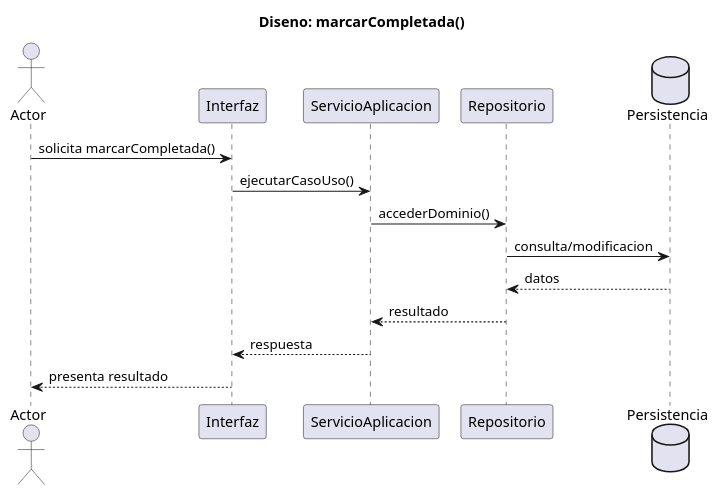
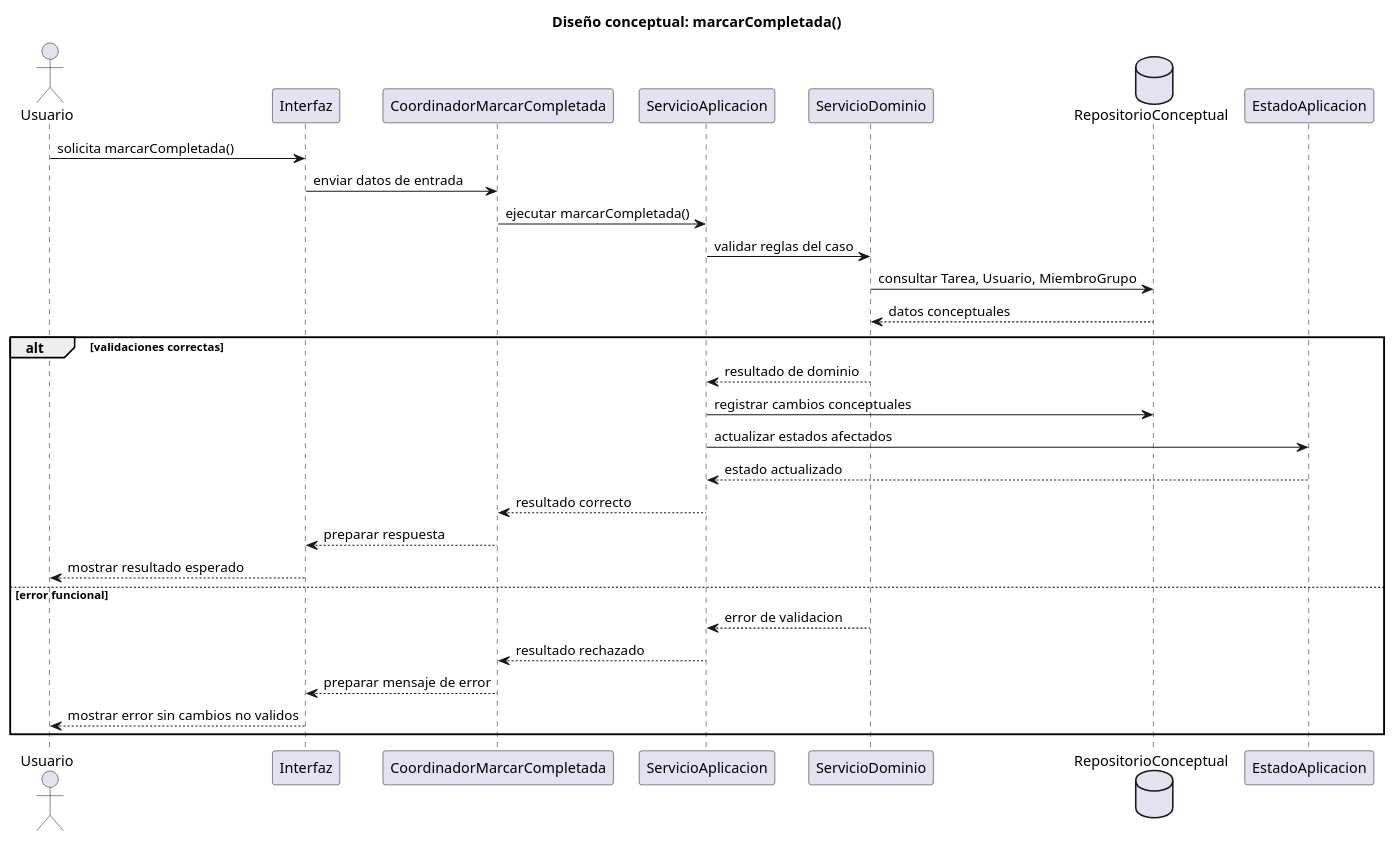
The diagram in documents/RUP/02-diseño/casos-uso/gestion-tareas/marcarCompletada/secuencia.puml (inigovaqueroo04/25-26-idsw2-sdVC), drawn with PlantUML before and after one commit. The commit also changed 55 other files, not shown here.

Commit message:
docs: completar diseño RUP conceptual

```diff
--- a/documents/RUP/02-diseño/casos-uso/gestion-tareas/marcarCompletada/secuencia.puml
+++ b/documents/RUP/02-diseño/casos-uso/gestion-tareas/marcarCompletada/secuencia.puml
@@ -1,19 +1,34 @@
 @startuml marcarCompletada-diseno-secuencia
-actor "Actor" as Actor
-participant "Interfaz" as UI
-participant "ServicioAplicacion" as Servicio
-participant "Repositorio" as Repositorio
-database "Persistencia" as BD
+title Diseño conceptual: marcarCompletada()
 
-title Diseno: marcarCompletada()
+actor "Usuario" as Usuario
+participant "Interfaz" as Interfaz
+participant "CoordinadorMarcarCompletada" as Coordinador
+participant "ServicioAplicacion" as ServicioAplicacion
+participant "ServicioDominio" as ServicioDominio
+database "RepositorioConceptual" as Repositorio
+participant "EstadoAplicacion" as EstadoAplicacion
 
-Actor -> UI : solicita marcarCompletada()
-UI -> Servicio : ejecutarCasoUso()
-Servicio -> Repositorio : accederDominio()
-Repositorio -> BD : consulta/modificacion
-BD --> Repositorio : datos
-Repositorio --> Servicio : resultado
-Servicio --> UI : respuesta
-UI --> Actor : presenta resultado
+Usuario -> Interfaz : solicita marcarCompletada()
+Interfaz -> Coordinador : enviar datos de entrada
+Coordinador -> ServicioAplicacion : ejecutar marcarCompletada()
+ServicioAplicacion -> ServicioDominio : validar reglas del caso
+ServicioDominio -> Repositorio : consultar Tarea, Usuario, MiembroGrupo
+Repositorio --> ServicioDominio : datos conceptuales
+
+alt validaciones correctas
+  ServicioDominio --> ServicioAplicacion : resultado de dominio
+  ServicioAplicacion -> Repositorio : registrar cambios conceptuales
+  ServicioAplicacion -> EstadoAplicacion : actualizar estados afectados
+  EstadoAplicacion --> ServicioAplicacion : estado actualizado
+  ServicioAplicacion --> Coordinador : resultado correcto
+  Coordinador --> Interfaz : preparar respuesta
+  Interfaz --> Usuario : mostrar resultado esperado
+else error funcional
+  ServicioDominio --> ServicioAplicacion : error de validacion
+  ServicioAplicacion --> Coordinador : resultado rechazado
+  Coordinador --> Interfaz : preparar mensaje de error
+  Interfaz --> Usuario : mostrar error sin cambios no validos
+end
 
 @enduml
```
